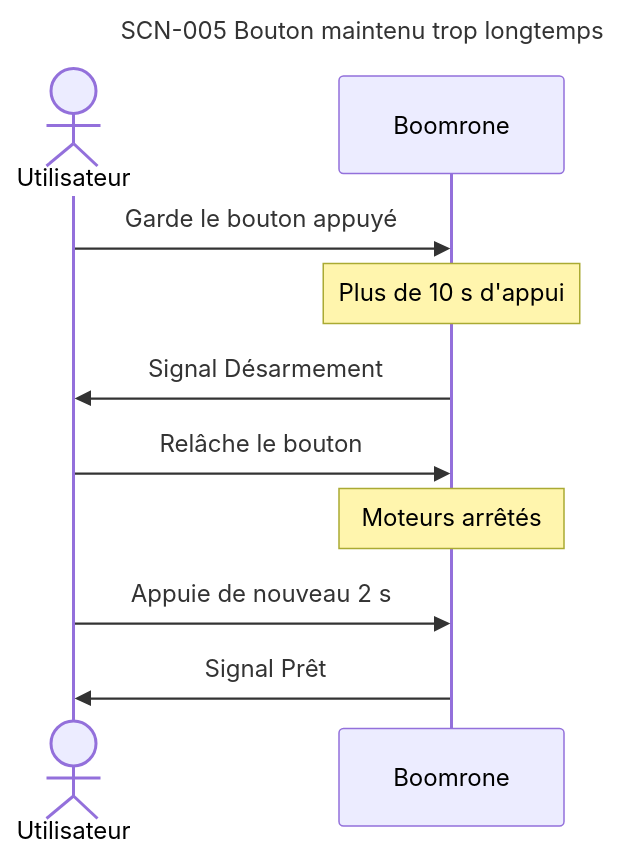
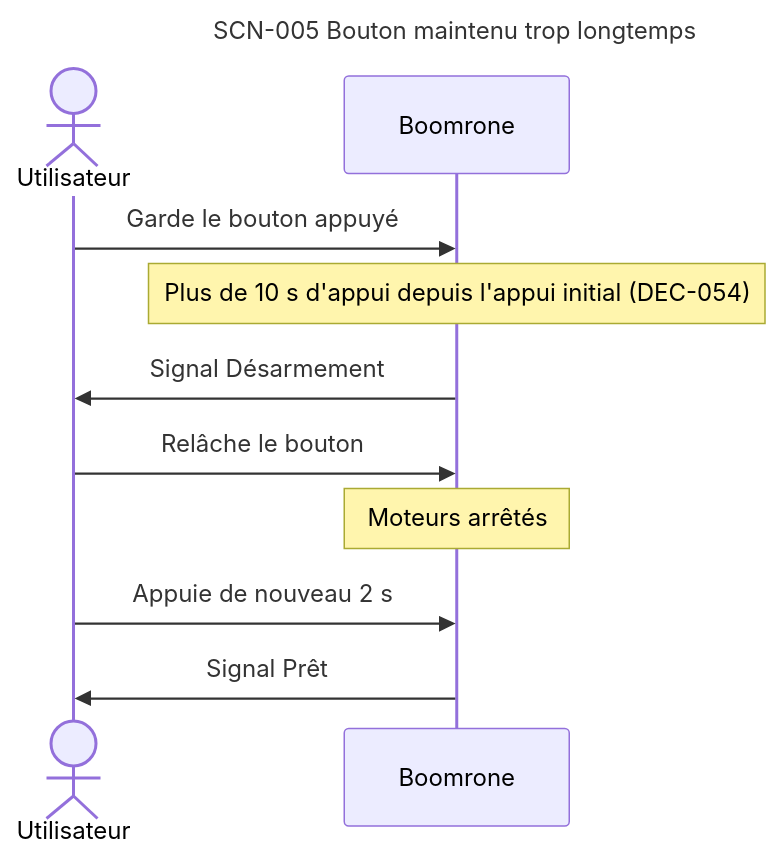
The seventh of 13 diagrams in projets/boomrone/00-scenarios.md (thourymatthieu-png/coworker_archi_system), drawn with Mermaid before and after one commit. The commit also changed other lines of this file and 5 other files, not shown here.

Commit message:
Boomrone : titres DEC/DOU corrigés, relectures des diagrammes, note de reprise ; règle de contradiction dans la charte

````diff
--- a/projets/boomrone/00-scenarios.md
+++ b/projets/boomrone/00-scenarios.md
@@ -269,15 +282,15 @@
 ```mermaid
 ---
 title: "SCN-005 Bouton maintenu trop longtemps"
 ---
 sequenceDiagram
     actor U as Utilisateur
     participant D as Boomrone
     U->>D: Garde le bouton appuyé
-    Note over D: Plus de 10 s d'appui
+    Note over D: Plus de 10 s d'appui depuis l'appui initial (DEC-054)
     D->>U: Signal Désarmement
     U->>D: Relâche le bouton
     Note over D: Moteurs arrêtés
     U->>D: Appuie de nouveau 2 s
     D->>U: Signal Prêt
 ```
````
